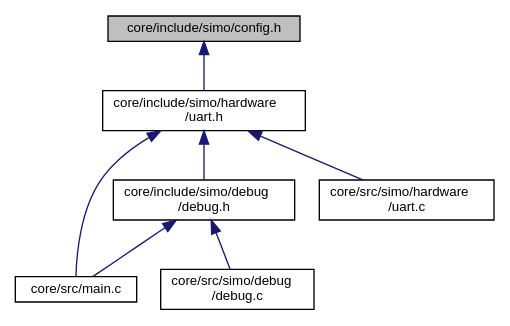
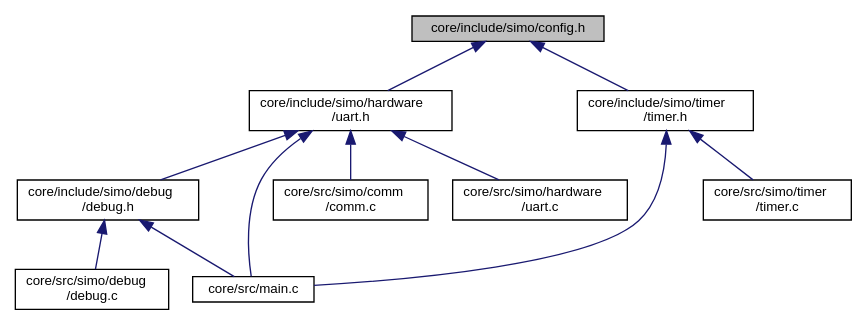
One commit to Germanvelardez2018/simo.v2 changed the diagram in docs/config_8h__dep__incl.dot. Above: the diagram before and after it, drawn with Graphviz. The commit also changed 212 other files, not shown here.

Commit message:
se simplifico modulo para manejo de json (cjson)

```diff
--- a/docs/config_8h__dep__incl.dot
+++ b/docs/config_8h__dep__incl.dot
@@ -1,18 +1,25 @@
 digraph "core/include/simo/config.h"
 {
  // LATEX_PDF_SIZE
   edge [fontname="Helvetica",fontsize="10",labelfontname="Helvetica",labelfontsize="10"];
   node [fontname="Helvetica",fontsize="10",shape=record];
   Node1 [label="core/include/simo/config.h",height=0.2,width=0.4,color="black", fillcolor="grey75", style="filled", fontcolor="black",tooltip="Archivo con configuraciones y definiciones. Se incluye en la mayoria de los modulos."];
   Node1 -> Node2 [dir="back",color="midnightblue",fontsize="10",style="solid",fontname="Helvetica"];
   Node2 [label="core/include/simo/hardware\l/uart.h",height=0.2,width=0.4,color="black", fillcolor="white", style="filled",URL="$uart_8h.html",tooltip="Header de capa para manejor del hardware UART (NIVEL 0)"];
   Node2 -> Node3 [dir="back",color="midnightblue",fontsize="10",style="solid",fontname="Helvetica"];
   Node3 [label="core/include/simo/debug\l/debug.h",height=0.2,width=0.4,color="black", fillcolor="white", style="filled",URL="$debug_8h.html",tooltip="Objeto debug y funciones asociadas."];
   Node3 -> Node4 [dir="back",color="midnightblue",fontsize="10",style="solid",fontname="Helvetica"];
   Node4 [label="core/src/main.c",height=0.2,width=0.4,color="black", fillcolor="white", style="filled",URL="$main_8c.html",tooltip="Aplicacion SIMO v2."];
   Node3 -> Node5 [dir="back",color="midnightblue",fontsize="10",style="solid",fontname="Helvetica"];
   Node5 [label="core/src/simo/debug\l/debug.c",height=0.2,width=0.4,color="black", fillcolor="white", style="filled",URL="$debug_8c.html",tooltip="Funciones para configurar puerto de debug."];
   Node2 -> Node4 [dir="back",color="midnightblue",fontsize="10",style="solid",fontname="Helvetica"];
   Node2 -> Node6 [dir="back",color="midnightblue",fontsize="10",style="solid",fontname="Helvetica"];
-  Node6 [label="core/src/simo/hardware\l/uart.c",height=0.2,width=0.4,color="black", fillcolor="white", style="filled",URL="$uart_8c.html",tooltip="Implementacion de capa para manejor del hardware UART (NIVEL 0)"];
+  Node6 [label="core/src/simo/comm\l/comm.c",height=0.2,width=0.4,color="black", fillcolor="white", style="filled",URL="$comm_8c.html",tooltip="API para la comunicacion del sistema."];
+  Node2 -> Node7 [dir="back",color="midnightblue",fontsize="10",style="solid",fontname="Helvetica"];
+  Node7 [label="core/src/simo/hardware\l/uart.c",height=0.2,width=0.4,color="black", fillcolor="white", style="filled",URL="$uart_8c.html",tooltip="Implementacion de capa para manejor del hardware UART (NIVEL 0)"];
+  Node1 -> Node8 [dir="back",color="midnightblue",fontsize="10",style="solid",fontname="Helvetica"];
+  Node8 [label="core/include/simo/timer\l/timer.h",height=0.2,width=0.4,color="black", fillcolor="white", style="filled",URL="$timer_8h.html",tooltip="Modulo para implementar funciones que se llaman periodicamente."];
+  Node8 -> Node4 [dir="back",color="midnightblue",fontsize="10",style="solid",fontname="Helvetica"];
+  Node8 -> Node9 [dir="back",color="midnightblue",fontsize="10",style="solid",fontname="Helvetica"];
+  Node9 [label="core/src/simo/timer\l/timer.c",height=0.2,width=0.4,color="black", fillcolor="white", style="filled",URL="$timer_8c.html",tooltip=" "];
 }
```
